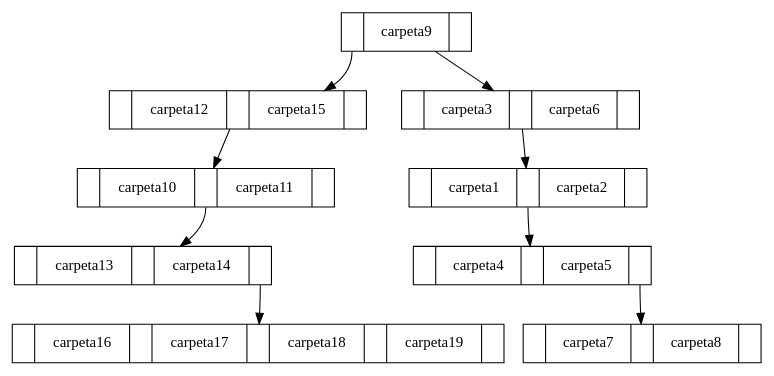
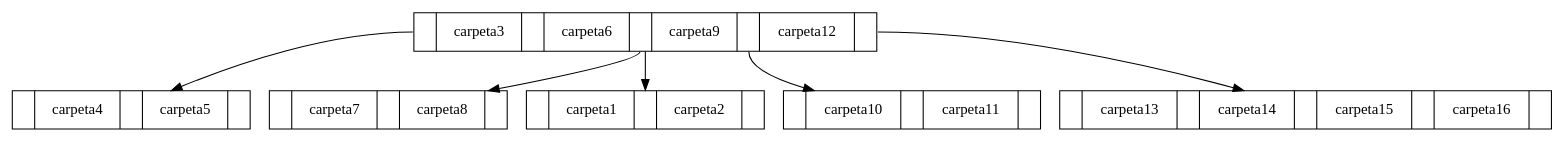
Before and after one commit to samuel26jimenez/Proyecto2s12017_200714558_200925238: the diagram in Proyecto2_Edd/Estructuras_Python/CalendarDriver/grafica_BCarpeta.dot, drawn with Graphviz. The commit also changed 55 other files, not shown here.

```diff
--- a/Proyecto2_Edd/Estructuras_Python/CalendarDriver/grafica_BCarpeta.dot
+++ b/Proyecto2_Edd/Estructuras_Python/CalendarDriver/grafica_BCarpeta.dot
@@ -1,22 +1,16 @@
 
 digraph G{
 
  node [shape=record] ;
-Nodo0[label="<P1>|carpeta9|<P1>"];
+Nodo0[label="<P1>|carpeta3|<P1>|carpeta6|<P2>|carpeta9|<P3>|carpeta12|<P4>"];
 Nodo0:P0 -> Nodo1;
-Nodo1[label="<PO>|carpeta3|<P1>|carpeta6|<P2>"];
-Nodo1:P0 -> Nodo2;
-Nodo2[label="<PO>|carpeta1|<P1>|carpeta2|<P2>"];
-Nodo2:P1 -> Nodo3;
-Nodo3[label="<PO>|carpeta4|<P1>|carpeta5|<P2>"];
-Nodo3:P2 -> Nodo4;
-Nodo4[label="<PO>|carpeta7|<P1>|carpeta8|<P2>"];
-Nodo0:P1 -> Nodo5;
-Nodo5[label="<PO>|carpeta12|<P1>|carpeta15|<P2>"];
-Nodo5:P0 -> Nodo6;
-Nodo6[label="<PO>|carpeta10|<P1>|carpeta11|<P2>"];
-Nodo6:P1 -> Nodo7;
-Nodo7[label="<PO>|carpeta13|<P1>|carpeta14|<P2>"];
-Nodo7:P2 -> Nodo8;
-Nodo8[label="<PO>|carpeta16|<P1>|carpeta17|<P2>|carpeta18|<P3>|carpeta19|<P4>"];
+Nodo1[label="<PO>|carpeta1|<P1>|carpeta2|<P2>"];
+Nodo0:P1 -> Nodo2;
+Nodo2[label="<PO>|carpeta4|<P1>|carpeta5|<P2>"];
+Nodo0:P2 -> Nodo3;
+Nodo3[label="<PO>|carpeta7|<P1>|carpeta8|<P2>"];
+Nodo0:P3 -> Nodo4;
+Nodo4[label="<PO>|carpeta10|<P1>|carpeta11|<P2>"];
+Nodo0:P4 -> Nodo5;
+Nodo5[label="<PO>|carpeta13|<P1>|carpeta14|<P2>|carpeta15|<P3>|carpeta16|<P4>"];
 }
```
